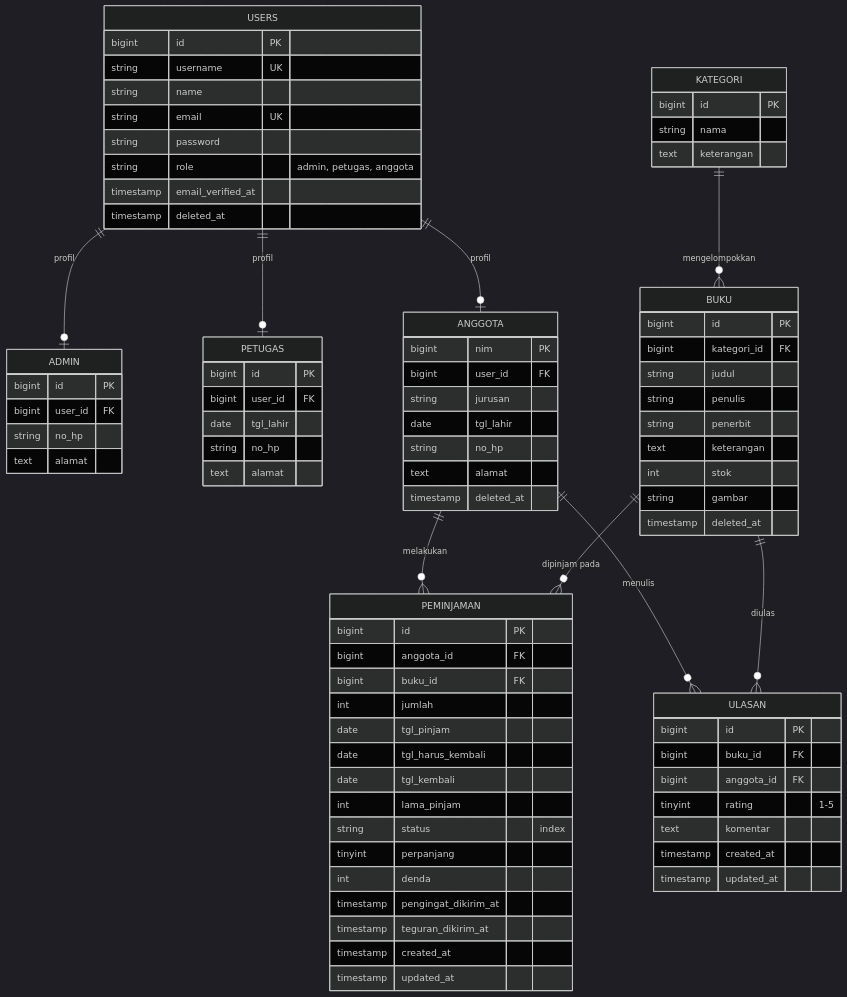
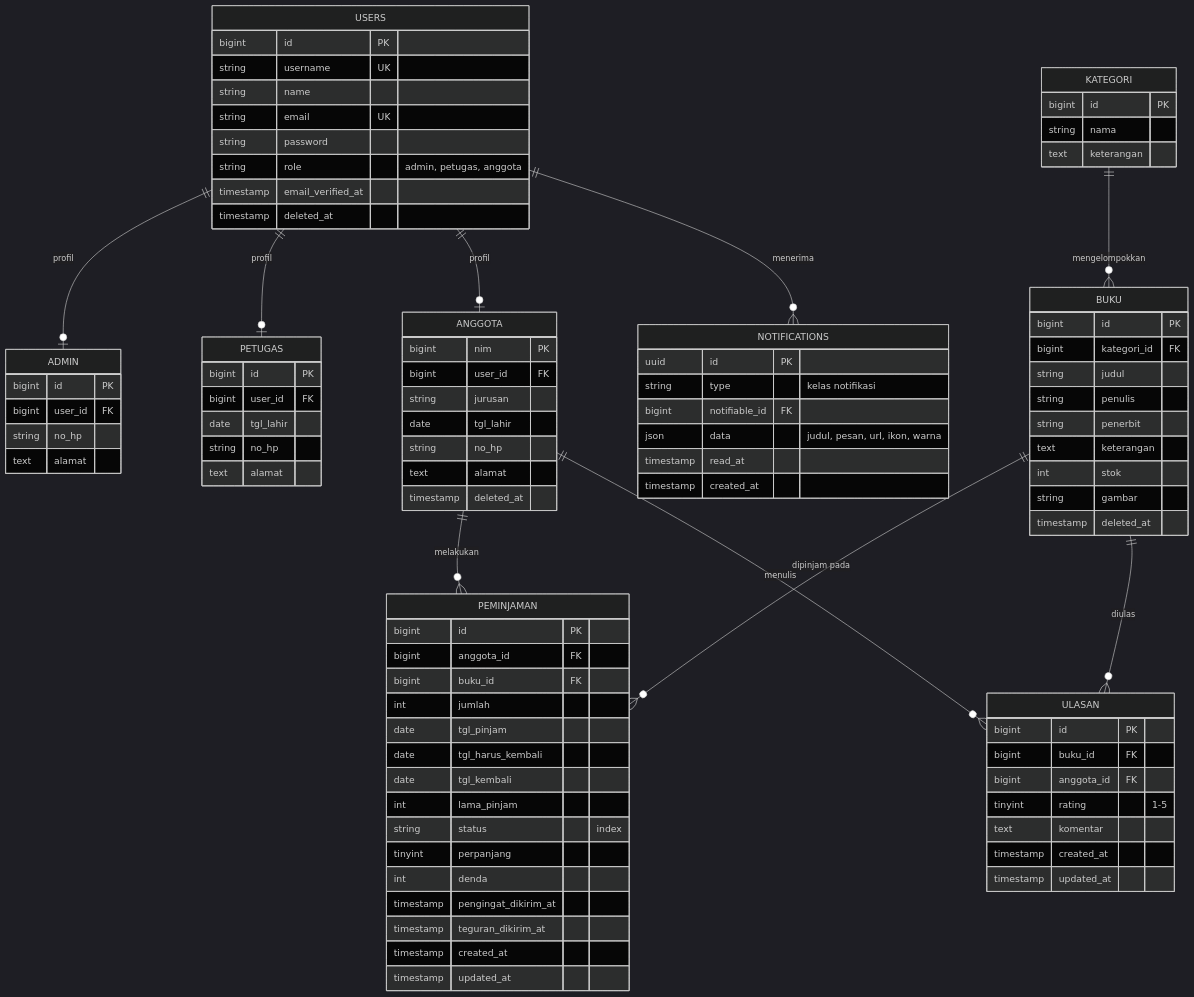
Before and after one commit to Almasyriqi/Laravel_Web_Perpustakaan: the first of 2 diagrams in README.md, drawn with Mermaid (dark theme). The commit also changed other lines of this file and 15 other files, not shown here.

````diff
--- a/README.md
+++ b/README.md
@@ -160,6 +161,7 @@
     BUKU ||--o{ PEMINJAMAN : "dipinjam pada"
     ANGGOTA ||--o{ ULASAN : "menulis"
     BUKU ||--o{ ULASAN : "diulas"
+    USERS ||--o{ NOTIFICATIONS : "menerima"
 
     USERS {
         bigint id PK
@@ -235,4 +237,12 @@
         timestamp created_at
         timestamp updated_at
     }
+    NOTIFICATIONS {
+        uuid id PK
+        string type "kelas notifikasi"
+        bigint notifiable_id FK
+        json data "judul, pesan, url, ikon, warna"
+        timestamp read_at
+        timestamp created_at
+    }
 ```
````
